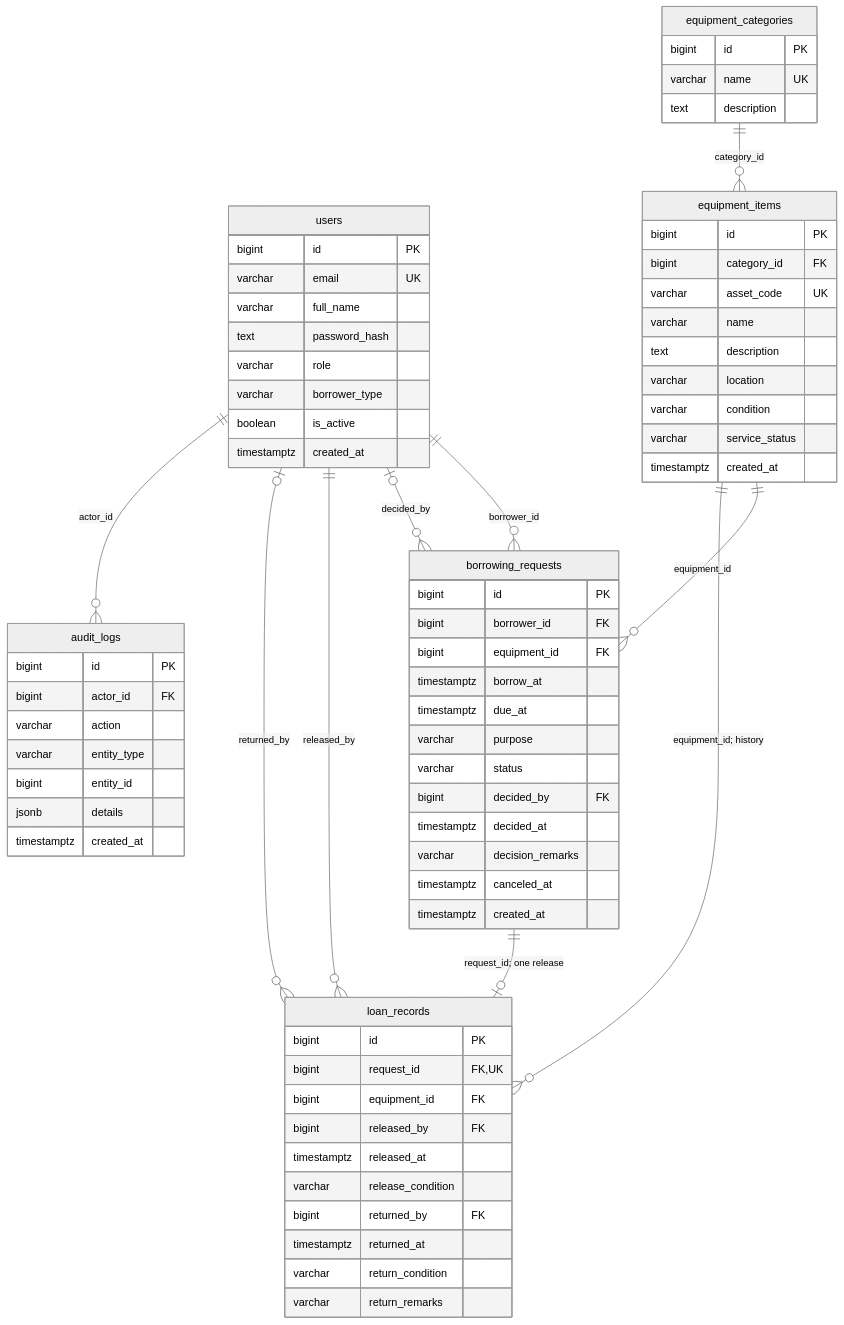
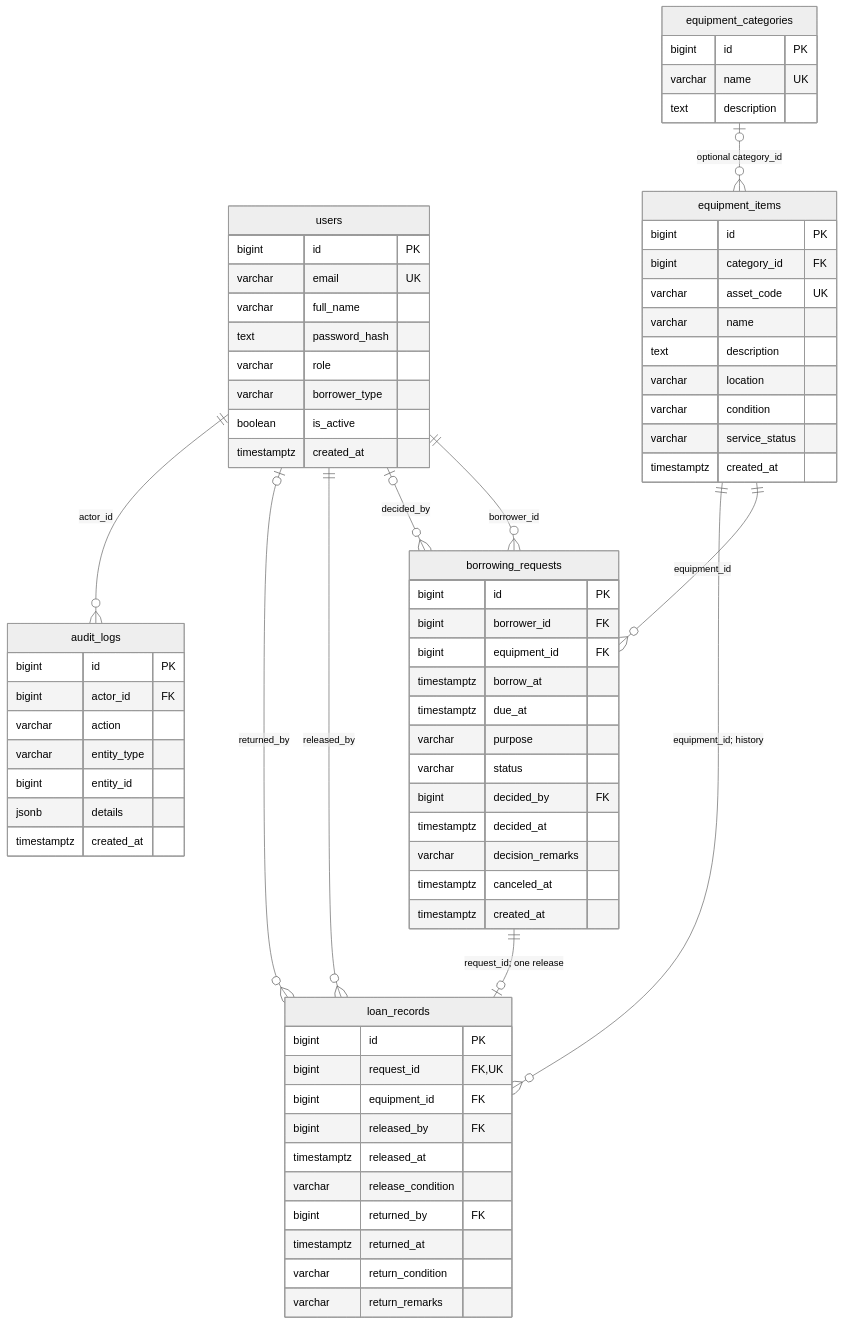
Before and after one commit to zanybaz4-pixel/equiptrack: the diagram in docs/DATABASE.md, drawn with Mermaid (neutral theme). The commit also changed other lines of this file and 21 other files, not shown here.

````diff
--- a/docs/DATABASE.md
+++ b/docs/DATABASE.md
@@ -9,73 +11,73 @@
 ```mermaid
 erDiagram
     users ||--o{ borrowing_requests : "borrower_id"
     users o|--o{ borrowing_requests : "decided_by"
-    equipment_categories ||--o{ equipment_items : "category_id"
+    equipment_categories o|--o{ equipment_items : "optional category_id"
     equipment_items ||--o{ borrowing_requests : "equipment_id"
     borrowing_requests ||--o| loan_records : "request_id; one release"
     equipment_items ||--o{ loan_records : "equipment_id; history"
     users ||--o{ loan_records : "released_by"
     users o|--o{ loan_records : "returned_by"
     users ||--o{ audit_logs : "actor_id"
     users {
         bigint id PK
         varchar email UK
         varchar full_name
         text password_hash
         varchar role
         varchar borrower_type
         boolean is_active
         timestamptz created_at
     }
     equipment_categories {
         bigint id PK
         varchar name UK
         text description
     }
     equipment_items {
         bigint id PK
         bigint category_id FK
         varchar asset_code UK
         varchar name
         text description
         varchar location
         varchar condition
         varchar service_status
         timestamptz created_at
     }
     borrowing_requests {
         bigint id PK
         bigint borrower_id FK
         bigint equipment_id FK
         timestamptz borrow_at
         timestamptz due_at
         varchar purpose
         varchar status
         bigint decided_by FK
         timestamptz decided_at
         varchar decision_remarks
         timestamptz canceled_at
         timestamptz created_at
     }
     loan_records {
         bigint id PK
         bigint request_id FK,UK
         bigint equipment_id FK
         bigint released_by FK
         timestamptz released_at
         varchar release_condition
         bigint returned_by FK
         timestamptz returned_at
         varchar return_condition
         varchar return_remarks
     }
     audit_logs {
         bigint id PK
         bigint actor_id FK
         varchar action
         varchar entity_type
         bigint entity_id
         jsonb details
         timestamptz created_at
     }
 ```
````
